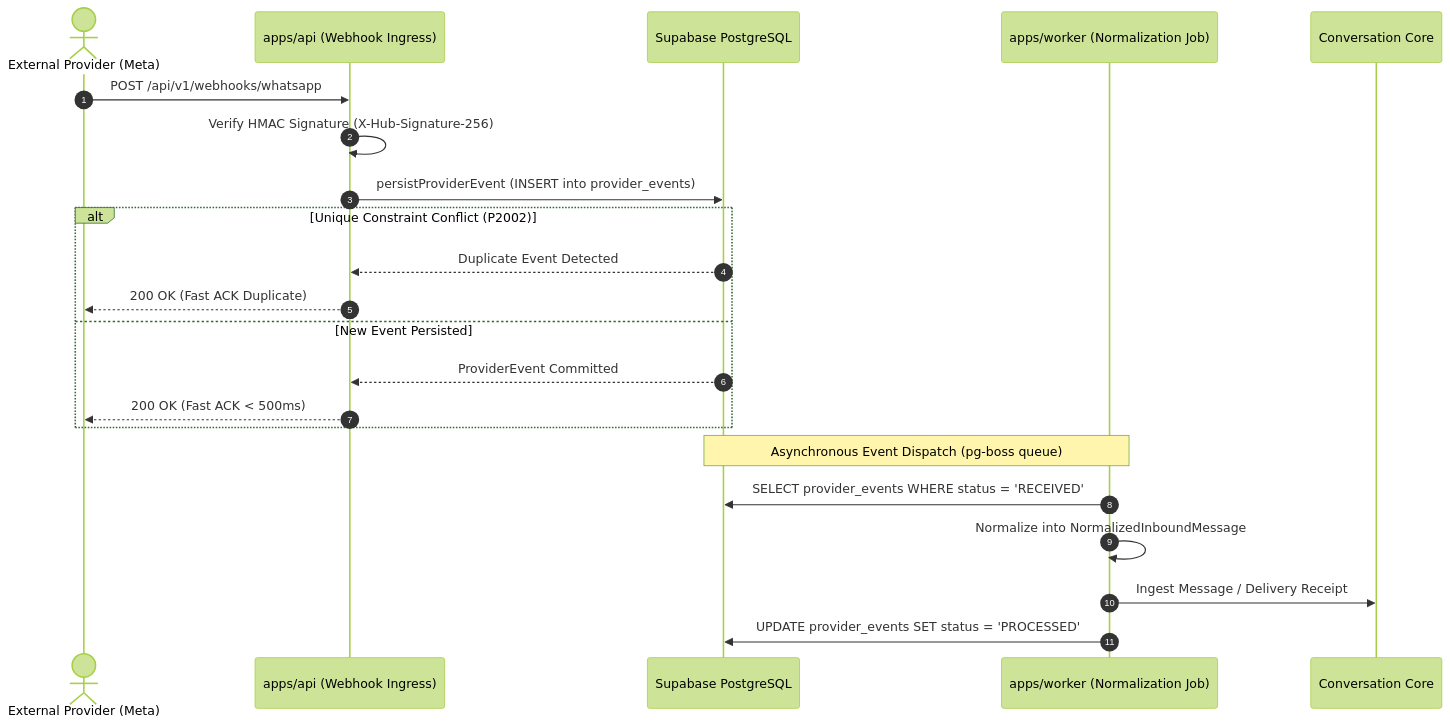
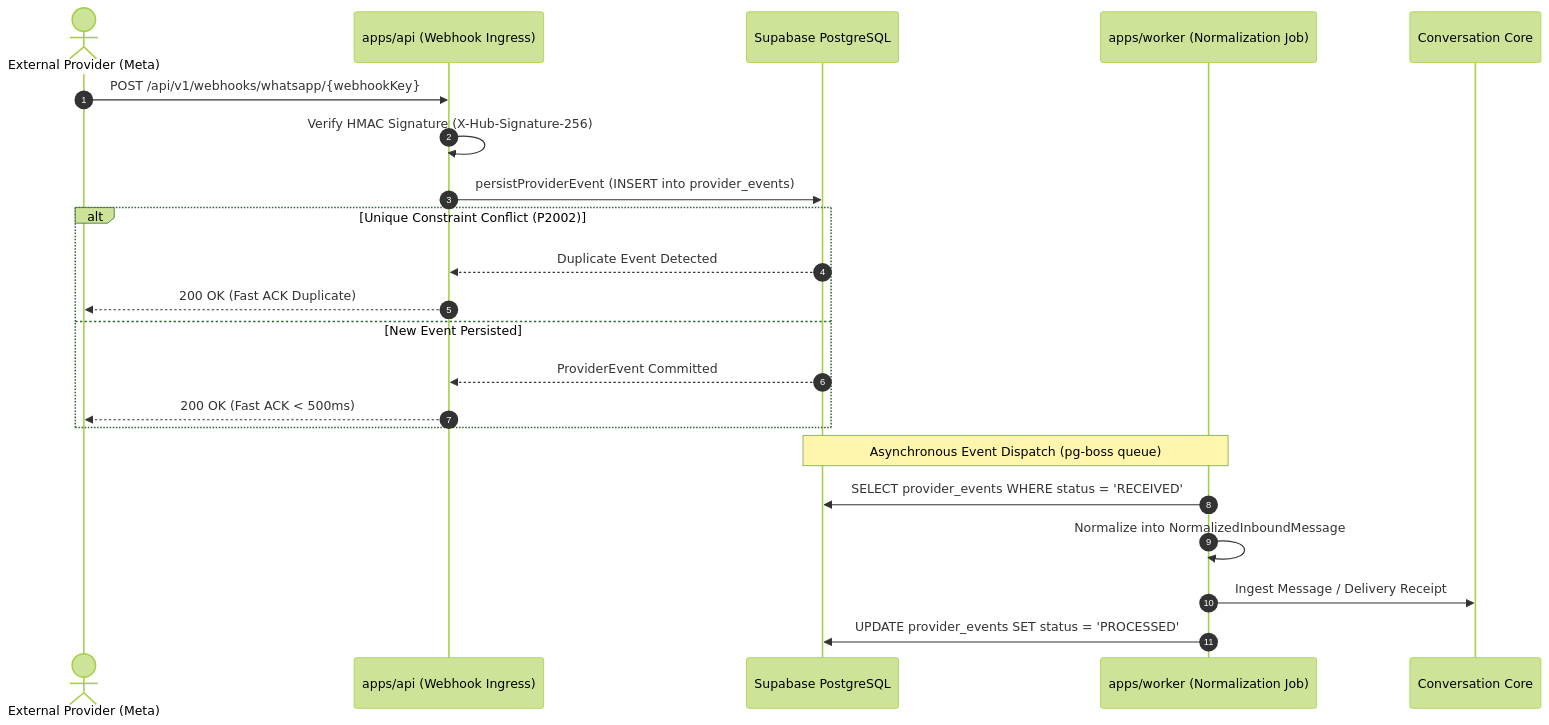
Before and after one commit to Alkanni/vynor-crm-system: the first of 2 diagrams in docs/provider-event-journal-and-deduplication.md, drawn with Mermaid (forest theme). The commit also changed 145 other files, not shown here.

````diff
--- a/docs/provider-event-journal-and-deduplication.md
+++ b/docs/provider-event-journal-and-deduplication.md
@@ -17,26 +17,26 @@
 ```mermaid
 sequenceDiagram
     autonumber
     actor Provider as External Provider (Meta)
     participant API as apps/api (Webhook Ingress)
     participant DB as Supabase PostgreSQL
     participant Worker as apps/worker (Normalization Job)
     participant Core as Conversation Core
 
-    Provider->>API: POST /api/v1/webhooks/whatsapp
+    Provider->>API: POST /api/v1/webhooks/whatsapp/{webhookKey}
     API->>API: Verify HMAC Signature (X-Hub-Signature-256)
     API->>DB: persistProviderEvent (INSERT into provider_events)
     alt Unique Constraint Conflict (P2002)
         DB-->>API: Duplicate Event Detected
         API-->>Provider: 200 OK (Fast ACK Duplicate)
     else New Event Persisted
         DB-->>API: ProviderEvent Committed
         API-->>Provider: 200 OK (Fast ACK < 500ms)
     end
 
     Note over DB,Worker: Asynchronous Event Dispatch (pg-boss queue)
     Worker->>DB: SELECT provider_events WHERE status = 'RECEIVED'
     Worker->>Worker: Normalize into NormalizedInboundMessage
     Worker->>Core: Ingest Message / Delivery Receipt
     Worker->>DB: UPDATE provider_events SET status = 'PROCESSED'
 ```
````
